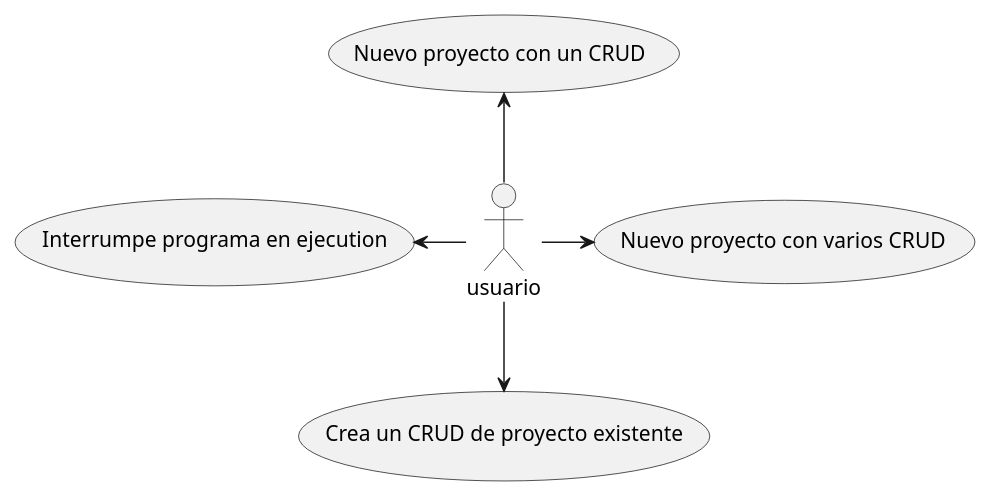
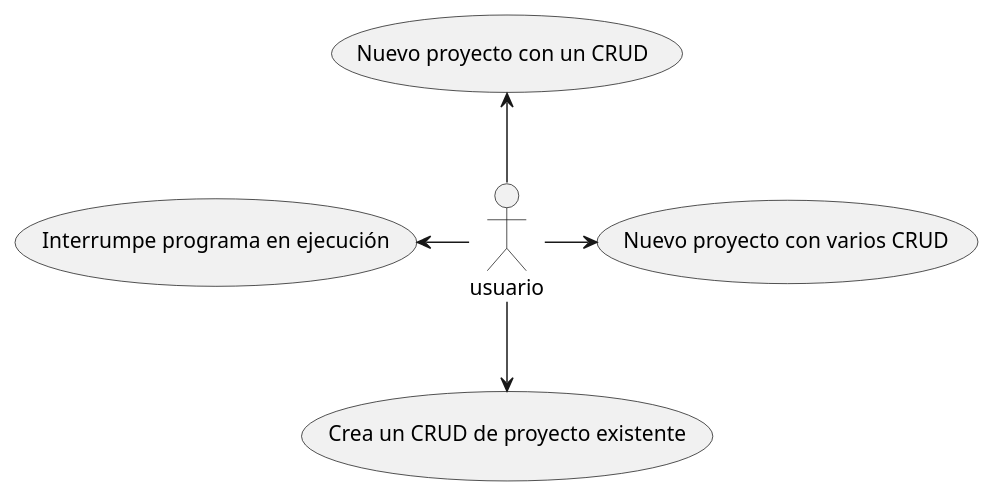
The diagram in diagrams/use_cases.puml (eddyvy/tfg-go-cli), drawn with PlantUML before and after one commit. The commit also changed 6 other files, not shown here.

```diff
--- a/diagrams/use_cases.puml
+++ b/diagrams/use_cases.puml
@@ -1,14 +1,14 @@
 @startuml use_cases
 
 :usuario: as user
 (Nuevo proyecto con un CRUD) as new_1
 (Nuevo proyecto con varios CRUD) as new_2
 (Crea un CRUD de proyecto existente) as update_1
-(Interrumpe programa en ejecution) as interrupt_1
+(Interrumpe programa en ejecución) as interrupt_1
 
 user -up-> new_1
 user -right-> new_2
 user -down-> update_1
 user -left-> interrupt_1
 
 @enduml
```
